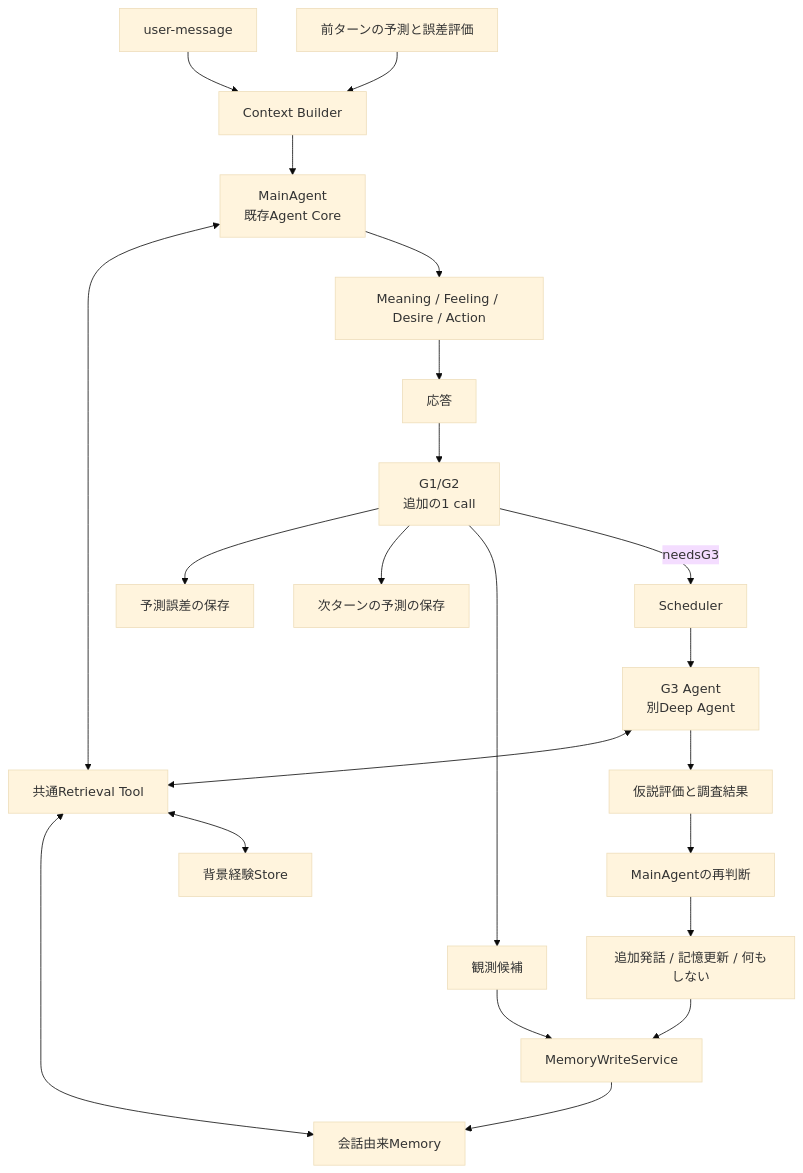
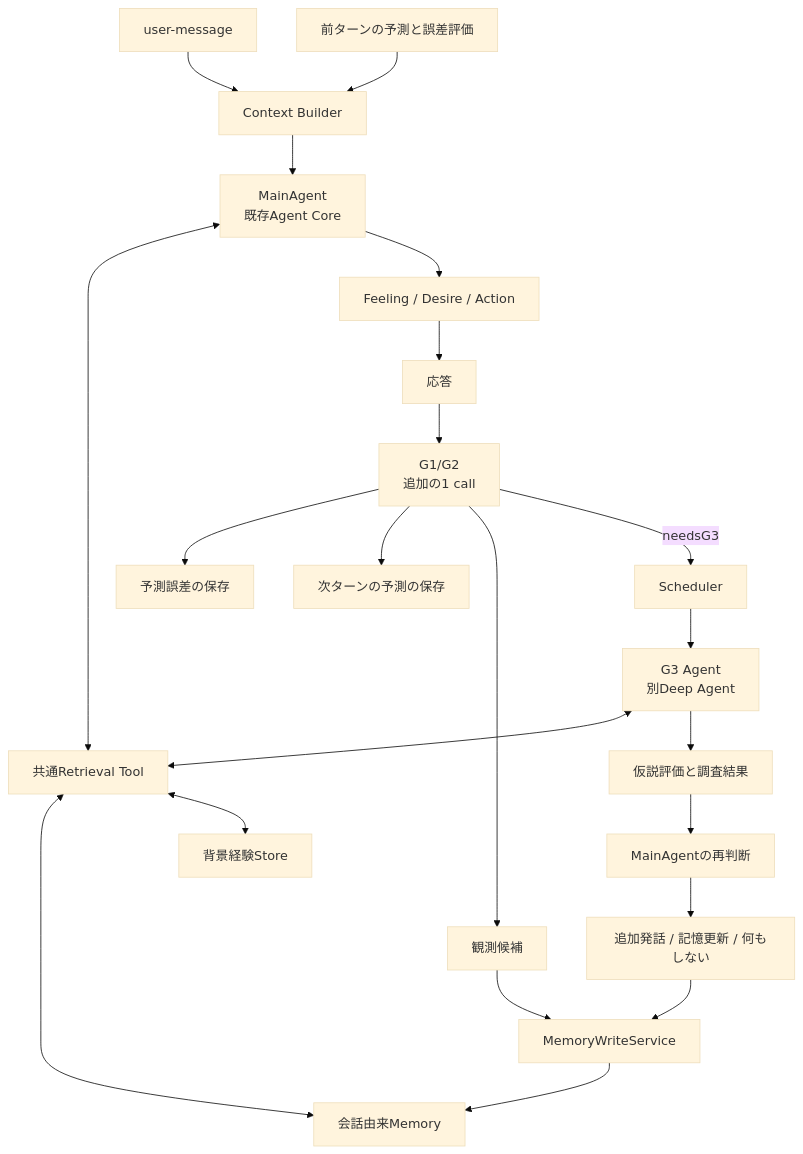
Before and after one commit to if001/social_agent: the diagram in spec/prediction-error-design.md, drawn with Mermaid (base theme). The commit also changed other lines of this file and 27 other files, not shown here.

````diff
--- a/spec/prediction-error-design.md
+++ b/spec/prediction-error-design.md
@@ -85,24 +85,24 @@
 ```mermaid
 flowchart TD
   U[user-message] --> C[Context Builder]
   P1[前ターンの予測と誤差評価] --> C
   C --> M[MainAgent<br/>既存Agent Core]
   M <--> R1[共通Retrieval Tool]
   R1 <--> MEM[会話由来Memory]
   R1 <--> BG[背景経験Store]
-  M --> A1[Meaning / Feeling / Desire / Action]
+  M --> A1[Feeling / Desire / Action]
   A1 --> R[応答]
   R --> G12[G1/G2<br/>追加の1 call]
   G12 --> E[予測誤差の保存]
   G12 --> N[次ターンの予測の保存]
   G12 --> OC[観測候補]
   OC --> MW[MemoryWriteService]
   MW --> MEM
   G12 -->|needsG3| S[Scheduler]
   S --> G3[G3 Agent<br/>別Deep Agent]
   G3 <--> R1
   G3 --> H[仮説評価と調査結果]
   H --> M2[MainAgentの再判断]
   M2 --> A2[追加発話 / 記憶更新 / 何もしない]
   A2 --> MW
 ```
````
